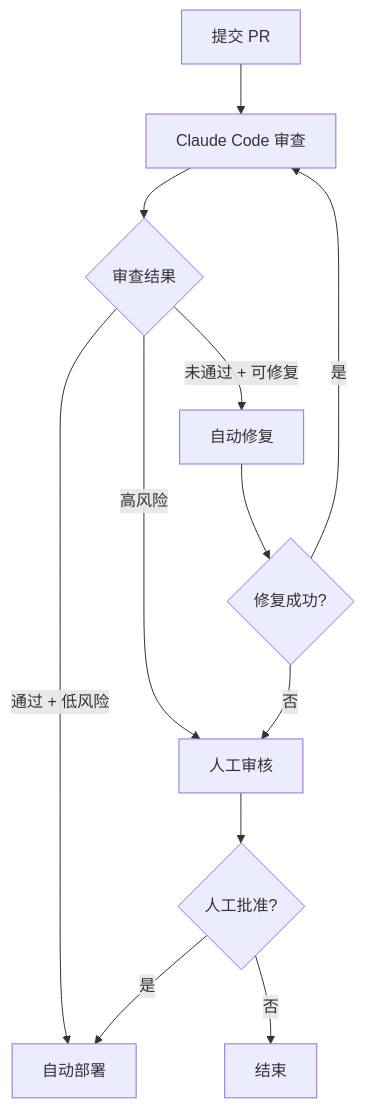
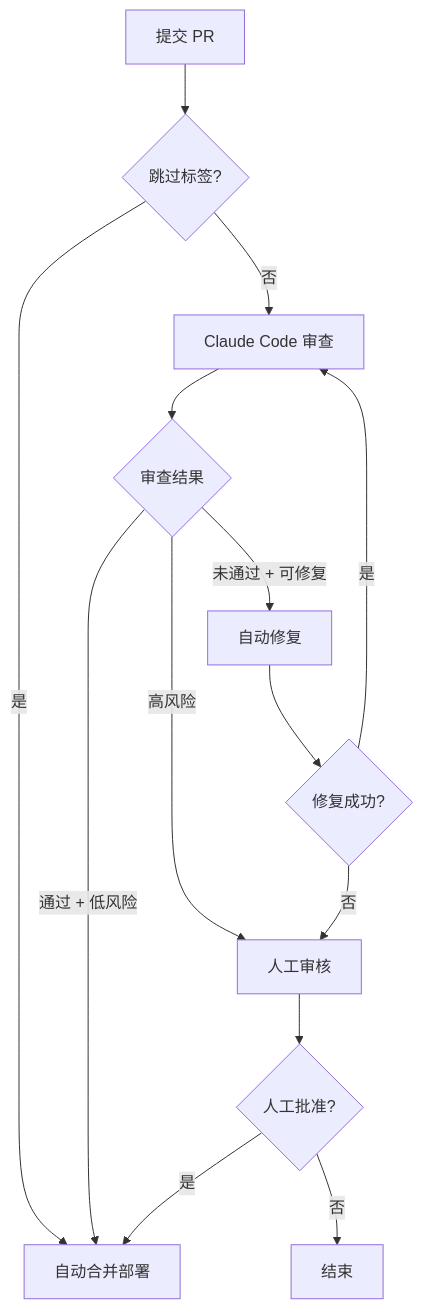
The diagram in .github/README.md (Lzp1996/test), drawn with Mermaid before and after one commit. The commit also changed other lines of this file and 14 other files, not shown here.

````diff
--- a/.github/README.md
+++ b/.github/README.md
@@ -93,14 +115,16 @@
 ```mermaid
 graph TD
-    A[提交 PR] --> B[Claude Code 审查]
-    B --> C{审查结果}
-    C -->|通过 + 低风险| D[自动部署]
-    C -->|未通过 + 可修复| E[自动修复]
-    C -->|高风险| F[人工审核]
+    A[提交 PR] --> B{跳过标签?}
+    B -->|是| D[自动合并部署]
+    B -->|否| C[Claude Code 审查]
+    C --> R{审查结果}
+    R -->|通过 + 低风险| D
+    R -->|未通过 + 可修复| E[自动修复]
+    R -->|高风险| F[人工审核]
     E --> G{修复成功?}
-    G -->|是| B
+    G -->|是| C
     G -->|否| F
     F --> H{人工批准?}
     H -->|是| D
     H -->|否| I[结束]
 ```
````
